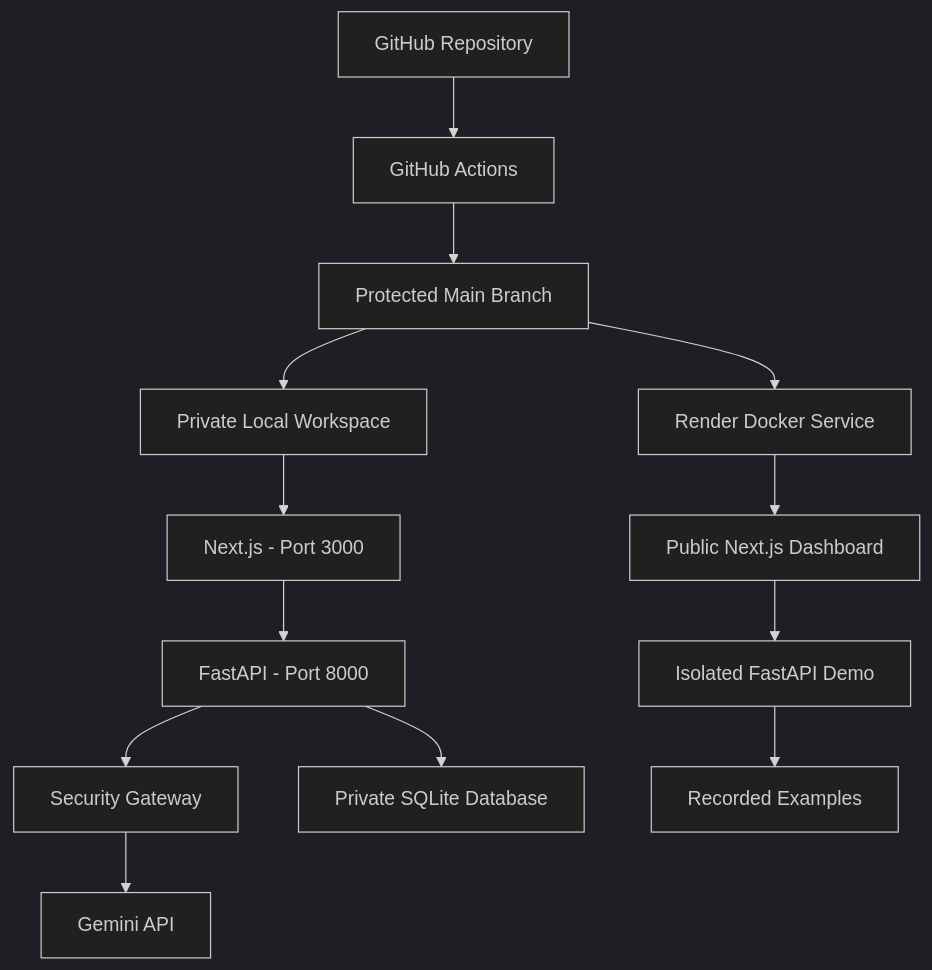
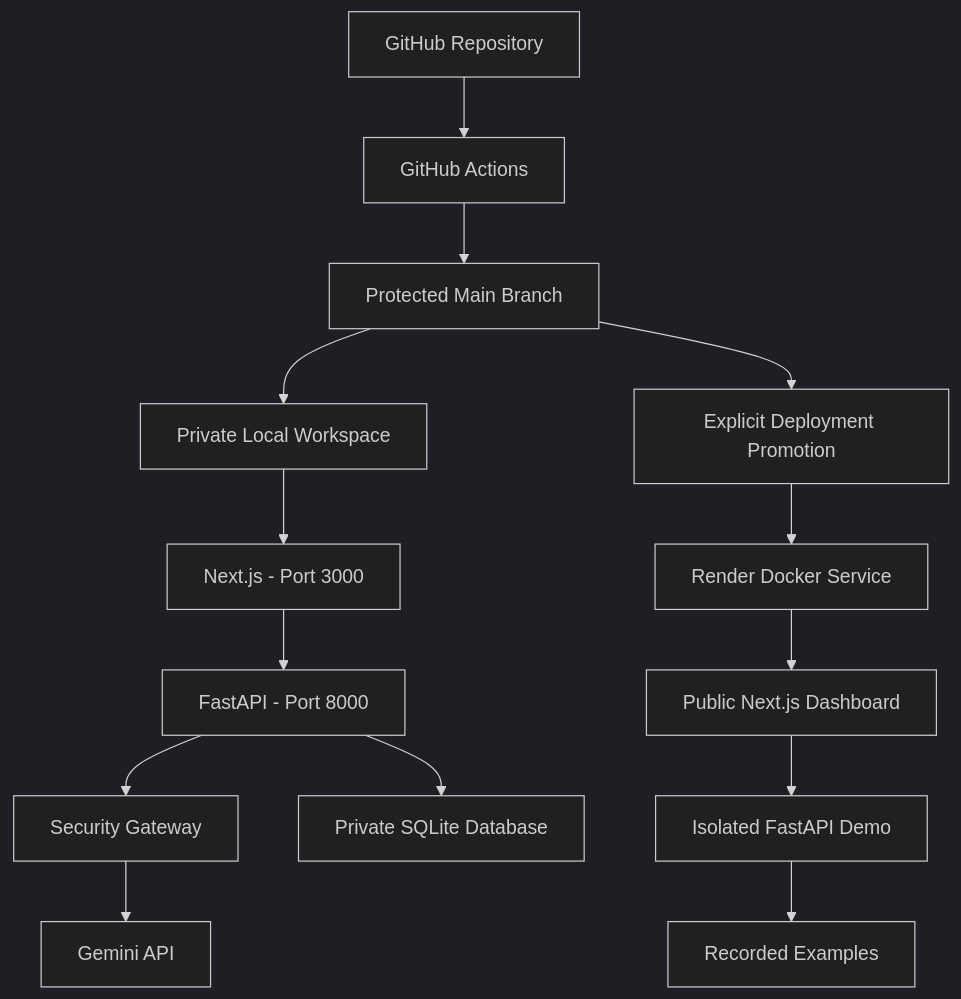
One commit to VenkataSriSaiSuryaMandava/Personal-Agent changed the first of 2 diagrams in README.md. Above: the diagram before and after it, drawn with Mermaid (dark theme). The commit also changed other lines of this file and 5 other files, not shown here.

````diff
--- a/README.md
+++ b/README.md
@@ -97,17 +111,18 @@
 ```mermaid
 flowchart TD
     A[GitHub Repository] --> B[GitHub Actions]
     B --> C[Protected Main Branch]
     C --> D[Private Local Workspace]
-    C --> E[Render Docker Service]
+    C --> P[Explicit Deployment Promotion]
+    P --> E[Render Docker Service]
 
     D --> F[Next.js - Port 3000]
     F --> G[FastAPI - Port 8000]
     G --> H[Security Gateway]
     H --> I[Gemini API]
     G --> J[Private SQLite Database]
 
     E --> K[Public Next.js Dashboard]
     K --> L[Isolated FastAPI Demo]
     L --> M[Recorded Examples]
 ```
````
